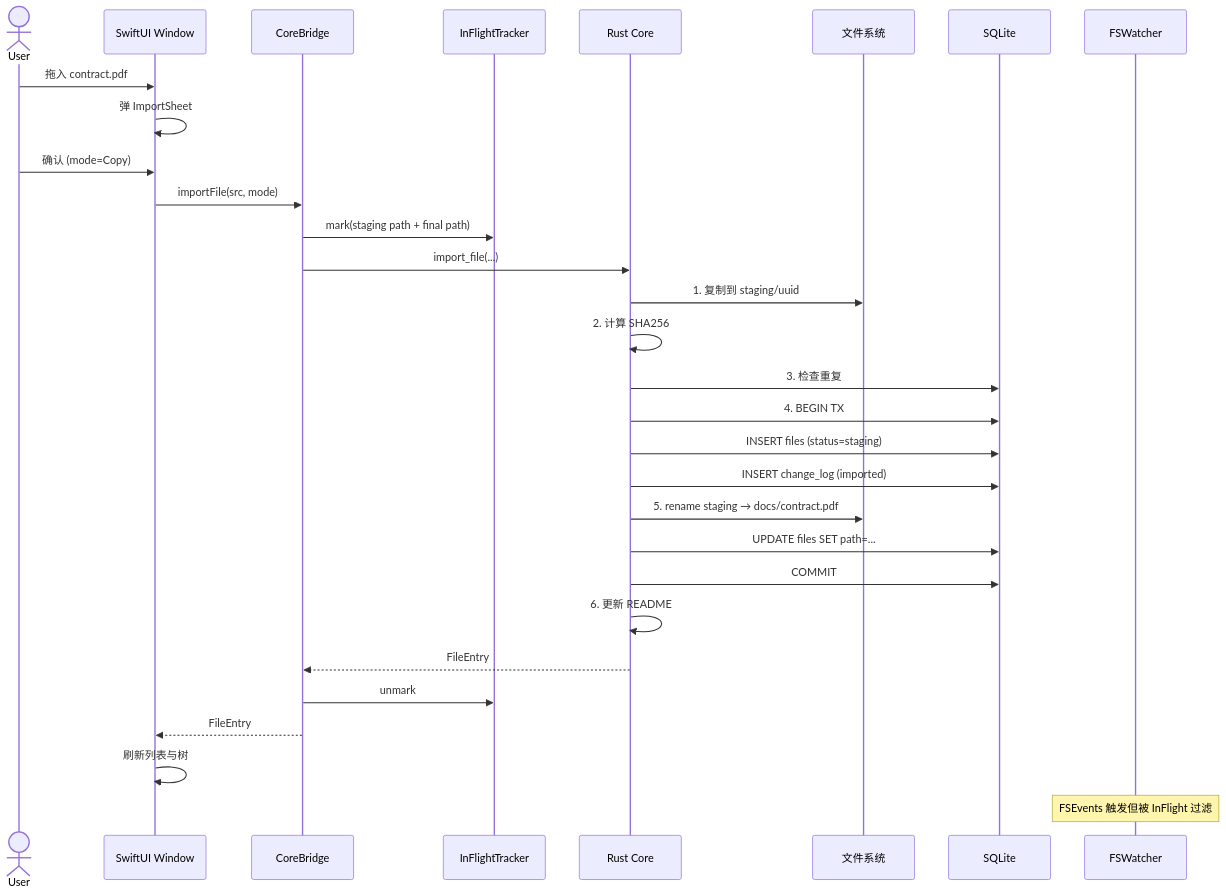
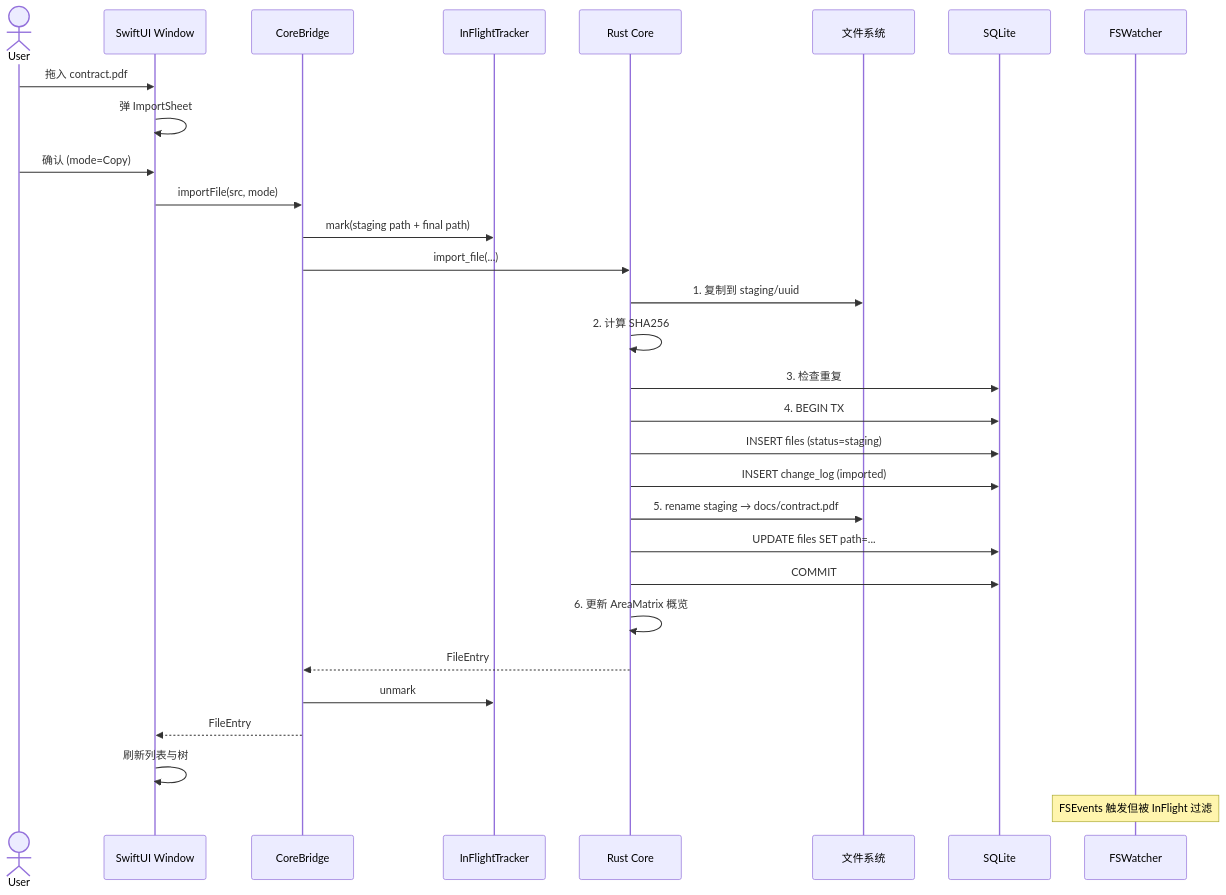
One commit to AreaSong/AreaMatrix changed the second of 3 diagrams in docs/architecture/overview.md. Above: the diagram before and after it, drawn with Mermaid. The commit also changed other lines of this file and 38 other files, not shown here.

````diff
--- a/docs/architecture/overview.md
+++ b/docs/architecture/overview.md
@@ -102,33 +102,33 @@
 ```mermaid
 sequenceDiagram
     actor User
     participant UI as SwiftUI Window
     participant Bridge as CoreBridge
     participant Tracker as InFlightTracker
     participant Core as Rust Core
     participant FS as 文件系统
     participant DB as SQLite
     participant Watcher as FSWatcher
 
     User->>UI: 拖入 contract.pdf
     UI->>UI: 弹 ImportSheet
     User->>UI: 确认 (mode=Copy)
     UI->>Bridge: importFile(src, mode)
     Bridge->>Tracker: mark(staging path + final path)
     Bridge->>Core: import_file(...)
     Core->>FS: 1. 复制到 staging/uuid
     Core->>Core: 2. 计算 SHA256
     Core->>DB: 3. 检查重复
     Core->>DB: 4. BEGIN TX
     Core->>DB: INSERT files (status=staging)
     Core->>DB: INSERT change_log (imported)
     Core->>FS: 5. rename staging → docs/contract.pdf
     Core->>DB: UPDATE files SET path=...
     Core->>DB: COMMIT
-    Core->>Core: 6. 更新 README
+    Core->>Core: 6. 更新 AreaMatrix 概览
     Core-->>Bridge: FileEntry
     Bridge->>Tracker: unmark
     Bridge-->>UI: FileEntry
     UI->>UI: 刷新列表与树
     Note over Watcher: FSEvents 触发但被 InFlight 过滤
 ```
````
